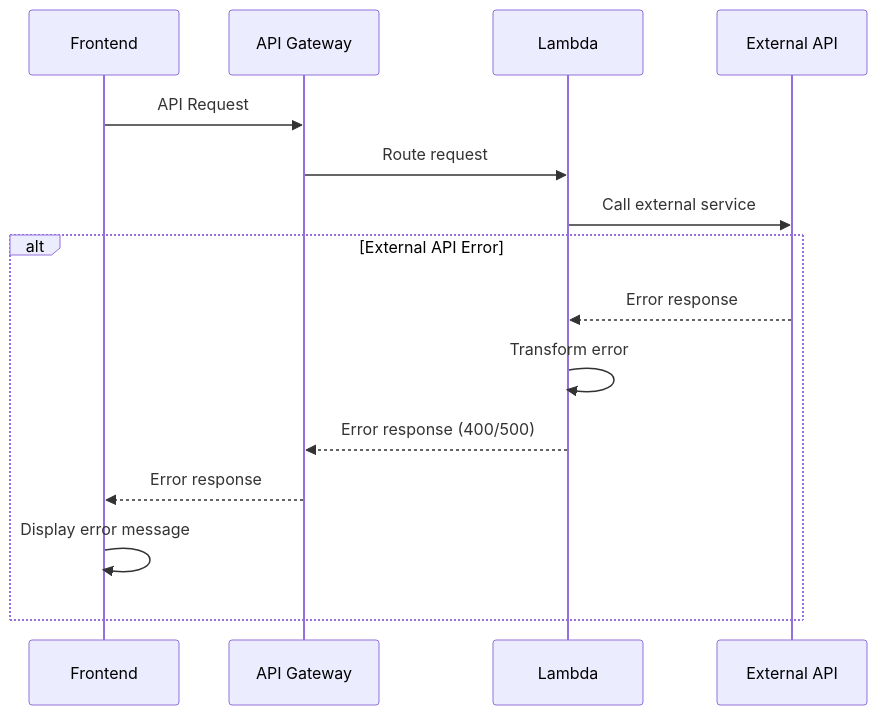
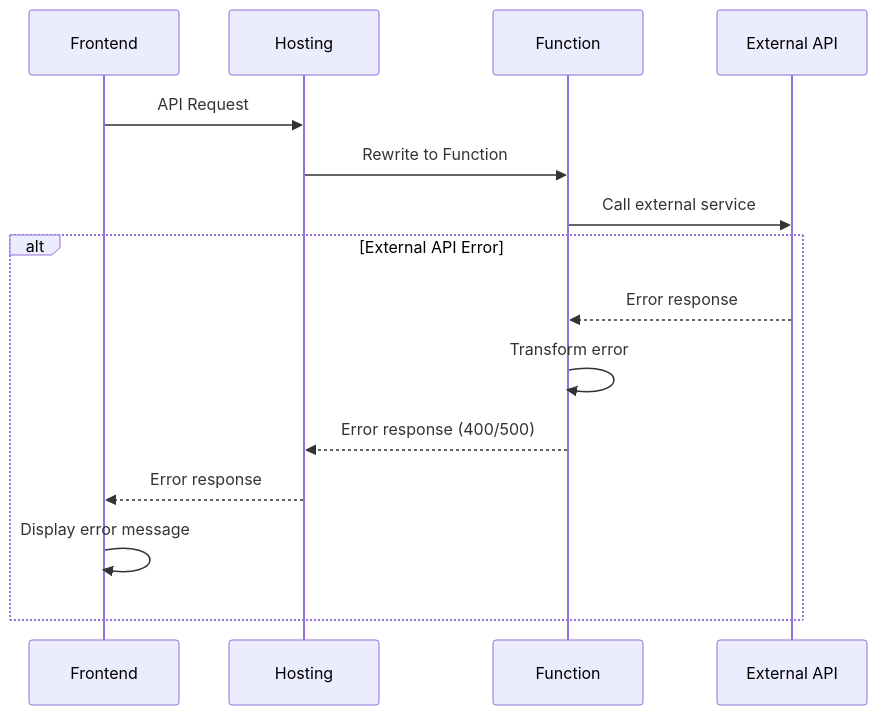
One commit to bluesam1/AI-Math-Tutor changed the fifth of 6 diagrams in docs/architecture.md. Above: the diagram before and after it, drawn with Mermaid. The commit also changed other lines of this file and 42 other files, not shown here.

````diff
--- a/docs/architecture.md
+++ b/docs/architecture.md
@@ -2448,18 +2435,18 @@
 ```mermaid
 sequenceDiagram
     participant Frontend
-    participant API Gateway
-    participant Lambda
+    participant Hosting
+    participant Function
     participant External API
 
-    Frontend->>API Gateway: API Request
-    API Gateway->>Lambda: Route request
-    Lambda->>External API: Call external service
+    Frontend->>Hosting: API Request
+    Hosting->>Function: Rewrite to Function
+    Function->>External API: Call external service
     alt External API Error
-        External API-->>Lambda: Error response
-        Lambda->>Lambda: Transform error
-        Lambda-->>API Gateway: Error response (400/500)
-        API Gateway-->>Frontend: Error response
+        External API-->>Function: Error response
+        Function->>Function: Transform error
+        Function-->>Hosting: Error response (400/500)
+        Hosting-->>Frontend: Error response
         Frontend->>Frontend: Display error message
     end
 ```
````
